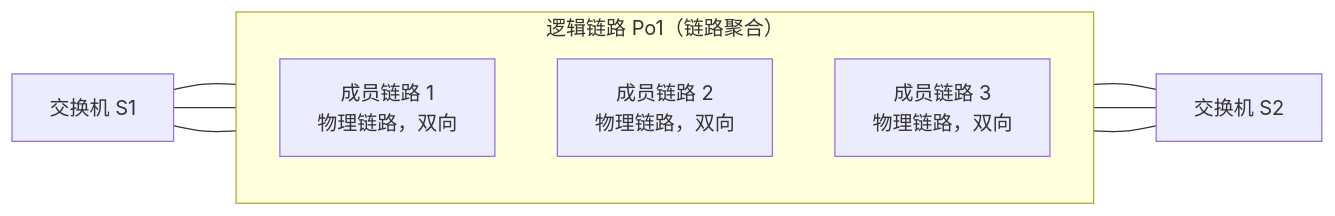
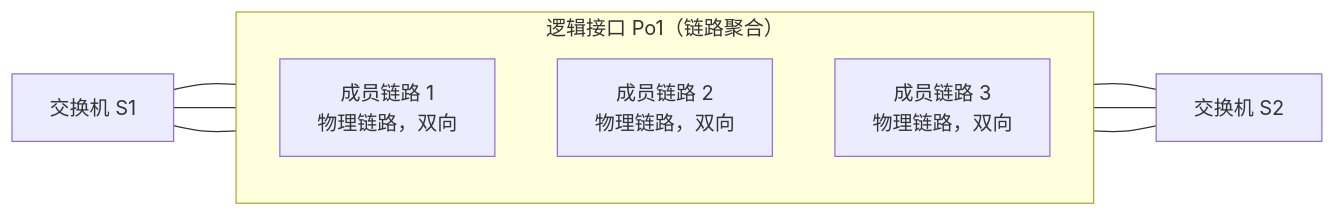
One commit to 74262195/system-architect-notes changed the third of 3 diagrams in 01_综合知识/01_计算机系统基础知识/03_计算机网络/04_局域网与二层技术/STP与链路聚合.md. Above: the diagram before and after it, drawn with Mermaid. The commit also changed other lines of this file, not shown here.

````diff
--- a/01_综合知识/01_计算机系统基础知识/03_计算机网络/04_局域网与二层技术/STP与链路聚合.md
+++ b/01_综合知识/01_计算机系统基础知识/03_计算机网络/04_局域网与二层技术/STP与链路聚合.md
@@ -134,20 +72,20 @@
 ```mermaid
 flowchart LR
     S1[交换机 S1]
 
-    subgraph PO1["逻辑链路 Po1（链路聚合）"]
+    subgraph PO1["逻辑接口 Po1（链路聚合）"]
         direction TB
         L1["成员链路 1<br/>物理链路，双向"]
         L2["成员链路 2<br/>物理链路，双向"]
         L3["成员链路 3<br/>物理链路，双向"]
     end
 
     S2[交换机 S2]
 
     S1 --- L1
     L1 --- S2
     S1 --- L2
     L2 --- S2
     S1 --- L3
     L3 --- S2
 ```
````
